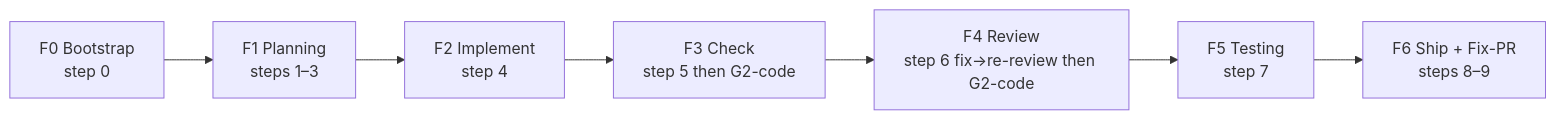
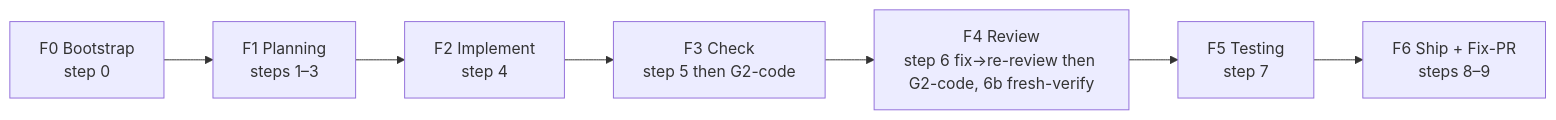
Before and after one commit to jpolvora/workflow-skills: the first of 6 diagrams in .agents/skills/ws-spec-to-pr/DIAGRAM.md, drawn with Mermaid. The commit also changed other lines of this file and 23 other files, not shown here.

Commit message:
feat(fresh-worker-verifier-step): add fresh-worker verifier stage with fault injection

````diff
--- a/.agents/skills/ws-spec-to-pr/DIAGRAM.md
+++ b/.agents/skills/ws-spec-to-pr/DIAGRAM.md
@@ -9,9 +9,9 @@
 ```mermaid
 flowchart LR
   F0[F0 Bootstrap<br/>step 0] --> F1[F1 Planning<br/>steps 1–3]
   F1 --> F2[F2 Implement<br/>step 4]
   F2 --> F3[F3 Check<br/>step 5 then G2-code]
-  F3 --> F4[F4 Review<br/>step 6 fix→re-review then G2-code]
+  F3 --> F4[F4 Review<br/>step 6 fix→re-review then G2-code, 6b fresh-verify]
   F4 --> F5[F5 Testing<br/>step 7]
   F5 --> F6[F6 Ship + Fix-PR<br/>steps 8–9]
 ```
````
